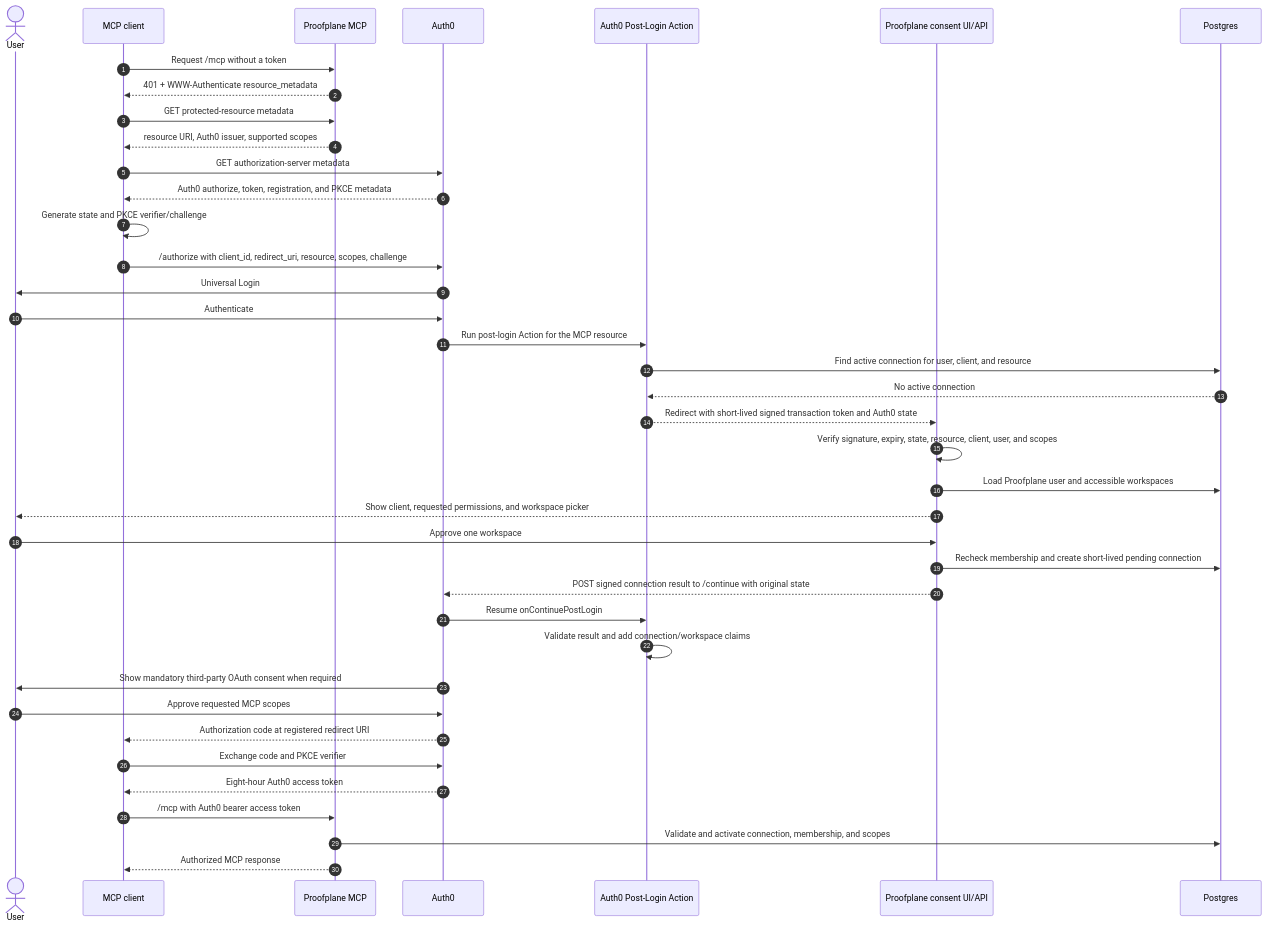
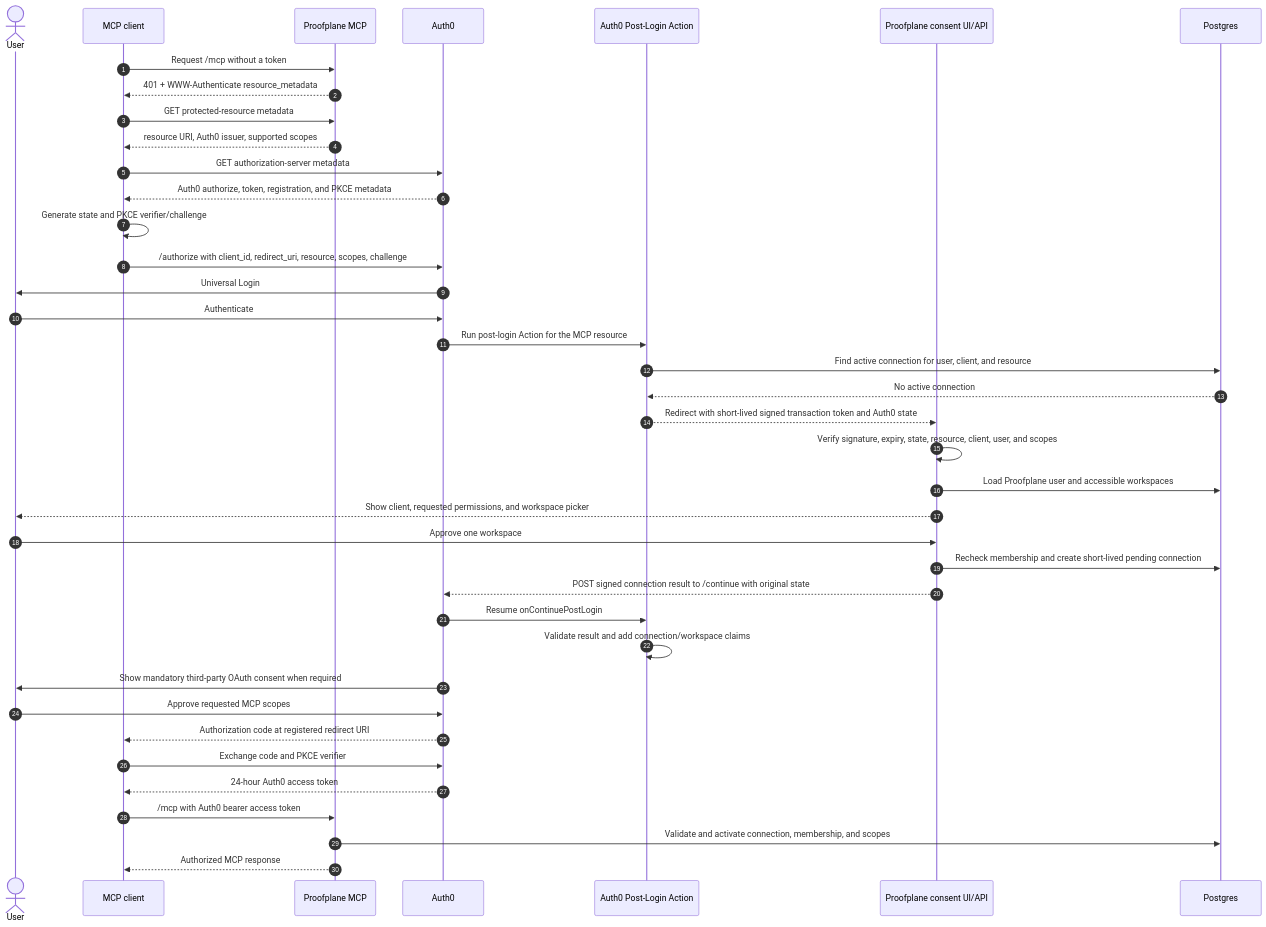
One commit to proofplane/proofplane changed the second of 4 diagrams in docs/epics/agent-connector-onboarding/spec.md. Above: the diagram before and after it, drawn with Mermaid. The commit also changed other lines of this file and 26 other files, not shown here.

````diff
--- a/docs/epics/agent-connector-onboarding/spec.md
+++ b/docs/epics/agent-connector-onboarding/spec.md
@@ -159,46 +166,46 @@
 ```mermaid
 sequenceDiagram
     autonumber
     actor U as User
     participant C as MCP client
     participant M as Proofplane MCP
     participant I as Auth0
     participant X as Auth0 Post-Login Action
     participant W as Proofplane consent UI/API
     participant D as Postgres
 
     C->>M: Request /mcp without a token
     M-->>C: 401 + WWW-Authenticate resource_metadata
     C->>M: GET protected-resource metadata
     M-->>C: resource URI, Auth0 issuer, supported scopes
     C->>I: GET authorization-server metadata
     I-->>C: Auth0 authorize, token, registration, and PKCE metadata
 
     C->>C: Generate state and PKCE verifier/challenge
     C->>I: /authorize with client_id, redirect_uri, resource, scopes, challenge
     I->>U: Universal Login
     U->>I: Authenticate
     I->>X: Run post-login Action for the MCP resource
 
     X->>D: Find active connection for user, client, and resource
     D-->>X: No active connection
     X-->>W: Redirect with short-lived signed transaction token and Auth0 state
     W->>W: Verify signature, expiry, state, resource, client, user, and scopes
     W->>D: Load Proofplane user and accessible workspaces
     W-->>U: Show client, requested permissions, and workspace picker
     U->>W: Approve one workspace
     W->>D: Recheck membership and create short-lived pending connection
     W-->>I: POST signed connection result to /continue with original state
 
     I->>X: Resume onContinuePostLogin
     X->>X: Validate result and add connection/workspace claims
     I->>U: Show mandatory third-party OAuth consent when required
     U->>I: Approve requested MCP scopes
     I-->>C: Authorization code at registered redirect URI
     C->>I: Exchange code and PKCE verifier
-    I-->>C: Eight-hour Auth0 access token
+    I-->>C: 24-hour Auth0 access token
 
     C->>M: /mcp with Auth0 bearer access token
     M->>D: Validate and activate connection, membership, and scopes
     M-->>C: Authorized MCP response
 ```
````
